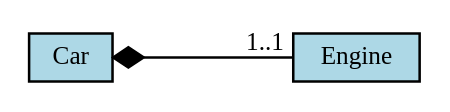
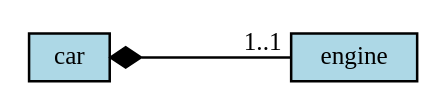
One commit to DaveParillo/cisc187-reader changed the seventh of 8 diagrams in src/class-III-design/uml.rst. Above: the diagram before and after it, drawn with Graphviz. The commit also changed other lines of this file and 8 other files, not shown here.

Commit message:
update design chapter and diagrams.

```diff
--- a/src/class-III-design/uml.rst
+++ b/src/class-III-design/uml.rst
@@ -365,24 +439,26 @@
    .. graphviz:: 
       :alt: composition
+      :align: right
+      :caption: Composition
 
       digraph "composition"
       {
         edge [fontname="BitstreamVeraSans",
               fontsize="10",
               labelfontname="BitstreamVeraSans",
               labelfontsize="10",
               arrowtail="diamond",
               dir="back",
               minlen=4,
               style="solid",
               color="black"];
         node [fontname="BitstreamVeraSans",
               fontsize="10",
               height=0.2,
               width=0.4,
               color="black",
               fillcolor="lightblue",
               shape=box,
               style="filled"];
-        Car -> Engine [constraint=false, headlabel="1..1 "];
+        car -> engine [constraint=false, headlabel="1..1 "];
       }
```
